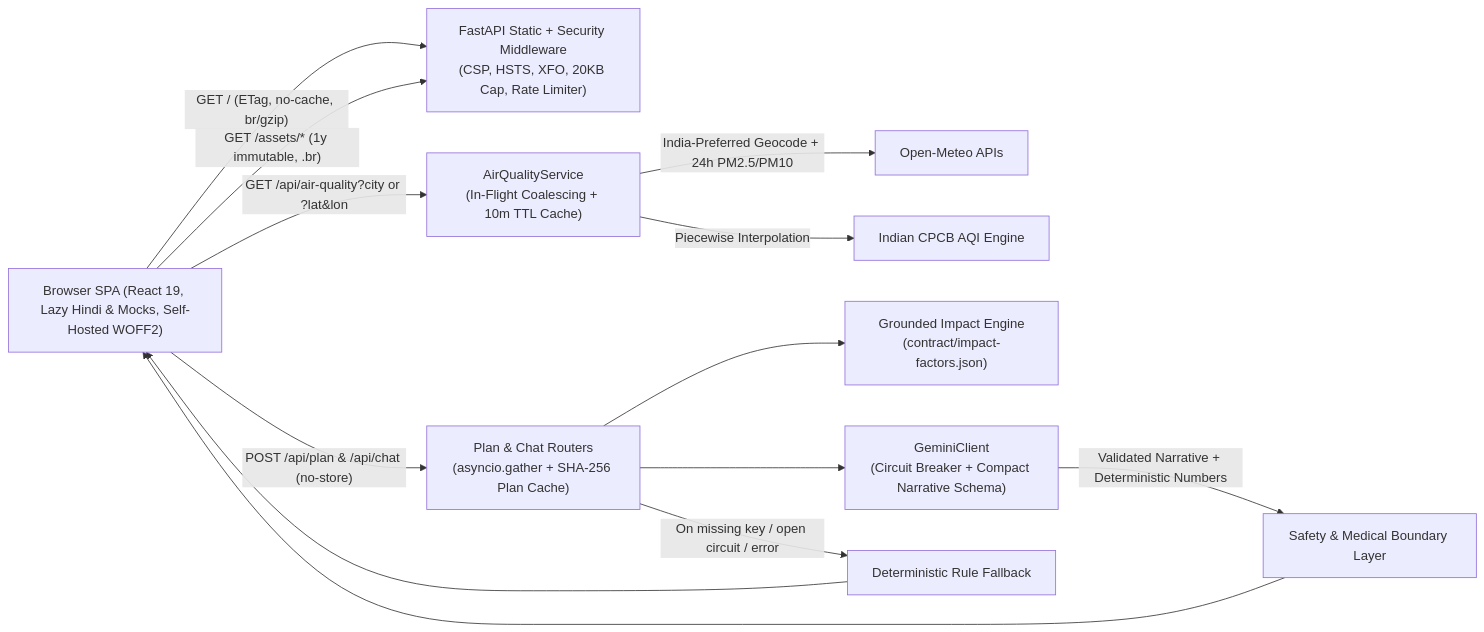
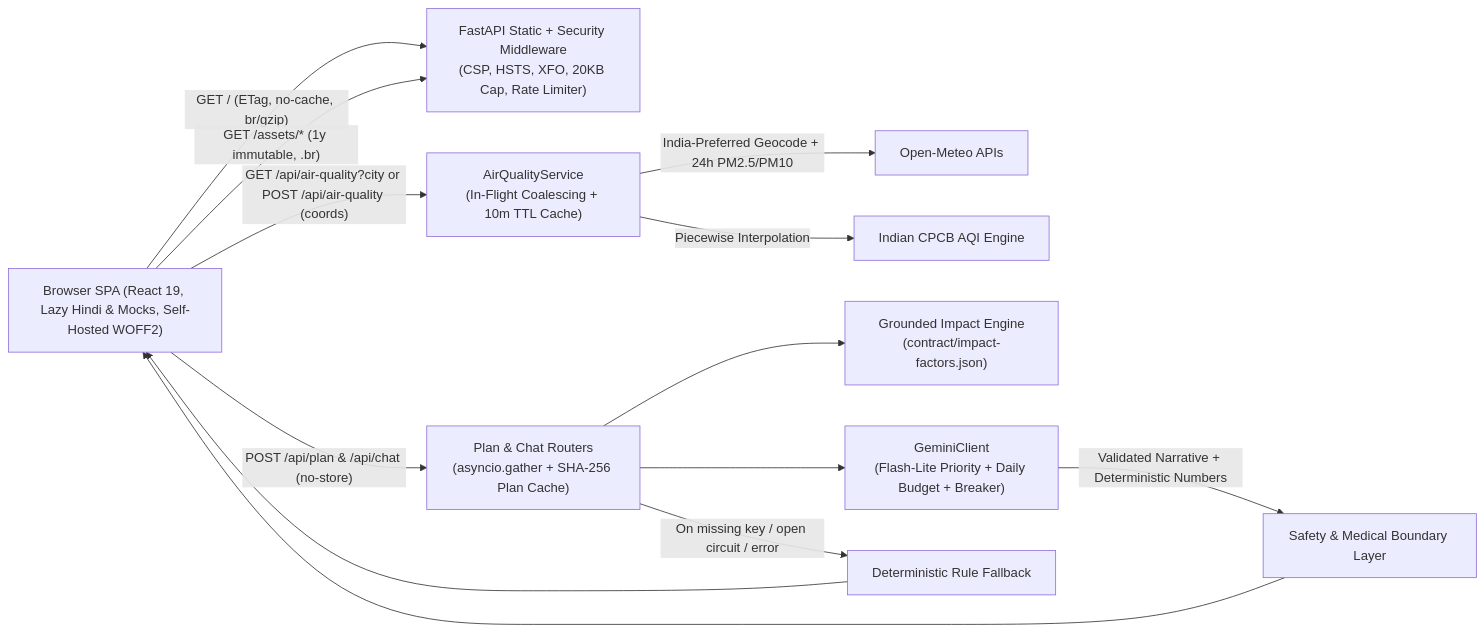
The first of 2 diagrams in docs/ARCHITECTURE.md (Shreyash463/saans-urban-air-quality-assistant), drawn with Mermaid before and after one commit. The commit also changed other lines of this file and 105 other files, not shown here.

````diff
--- a/docs/ARCHITECTURE.md
+++ b/docs/ARCHITECTURE.md
@@ -7,16 +7,16 @@
 ```mermaid
 flowchart LR
     B["Browser SPA (React 19, Lazy Hindi & Mocks, Self-Hosted WOFF2)"]
     B -->|"GET / (ETag, no-cache, br/gzip)"| GW["FastAPI Static + Security Middleware\n(CSP, HSTS, XFO, 20KB Cap, Rate Limiter)"]
     B -->|"GET /assets/* (1y immutable, .br)"| GW
-    B -->|"GET /api/air-quality?city or ?lat&lon"| AQ["AirQualityService\n(In-Flight Coalescing + 10m TTL Cache)"]
+    B -->|"GET /api/air-quality?city or POST /api/air-quality (coords)"| AQ["AirQualityService\n(In-Flight Coalescing + 10m TTL Cache)"]
     AQ -->|"India-Preferred Geocode + 24h PM2.5/PM10"| OM["Open-Meteo APIs"]
     AQ -->|"Piecewise Interpolation"| CPCB["Indian CPCB AQI Engine"]
     B -->|"POST /api/plan & /api/chat (no-store)"| PLAN["Plan & Chat Routers\n(asyncio.gather + SHA-256 Plan Cache)"]
     PLAN --> IMP["Grounded Impact Engine\n(contract/impact-factors.json)"]
-    PLAN --> GEM["GeminiClient\n(Circuit Breaker + Compact Narrative Schema)"]
+    PLAN --> GEM["GeminiClient\n(Flash-Lite Priority + Daily Budget + Breaker)"]
     GEM -->|"Validated Narrative + Deterministic Numbers"| SAF["Safety & Medical Boundary Layer"]
     PLAN -->|"On missing key / open circuit / error"| FB["Deterministic Rule Fallback"]
     SAF --> B
     FB --> B
 ```
````
